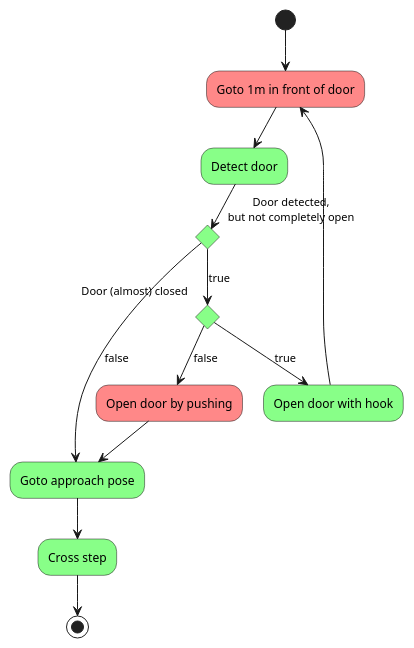
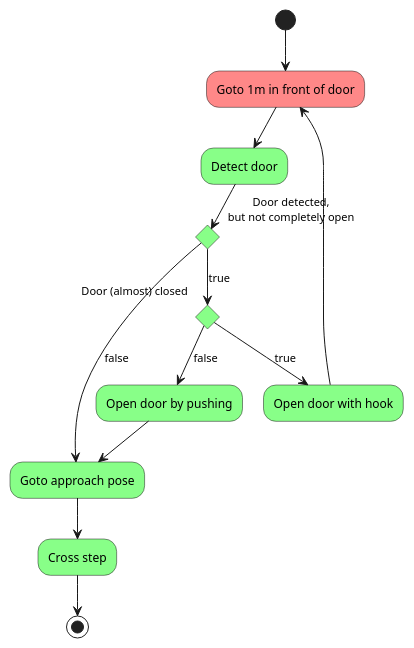
Before and after one commit to jgdo/arips_ros: the diagram in arips_navigation/doc/door_crossing.md, drawn with PlantUML. The commit also changed 24 other files, not shown here.

````diff
--- a/arips_navigation/doc/door_crossing.md
+++ b/arips_navigation/doc/door_crossing.md
@@ -3,25 +3,25 @@
 ```puml
 @startuml
 skinparam activity {
   BackgroundColor #88FF88
   BackgroundColor<< NotImplemented >> #FF8888
 }
 
 (*) --> "Goto 1m in front of door" as approach_front << NotImplemented >>
 --> "Detect door"
 if "Door detected,\nbut not completely open" then  
   -->[true] if "Door (almost) closed" then
     --> [true] "Open door with hook"
     --> approach_front
   else
-    --> [false] "Open door by pushing" << NotImplemented >>
+    --> [false] "Open door by pushing" 
     --> "Goto approach pose" as approach
   endif
 else
   --> [false] approach
 endif 
 
 --> "Cross step"
 --> (*)
 @enduml
 ```
````
